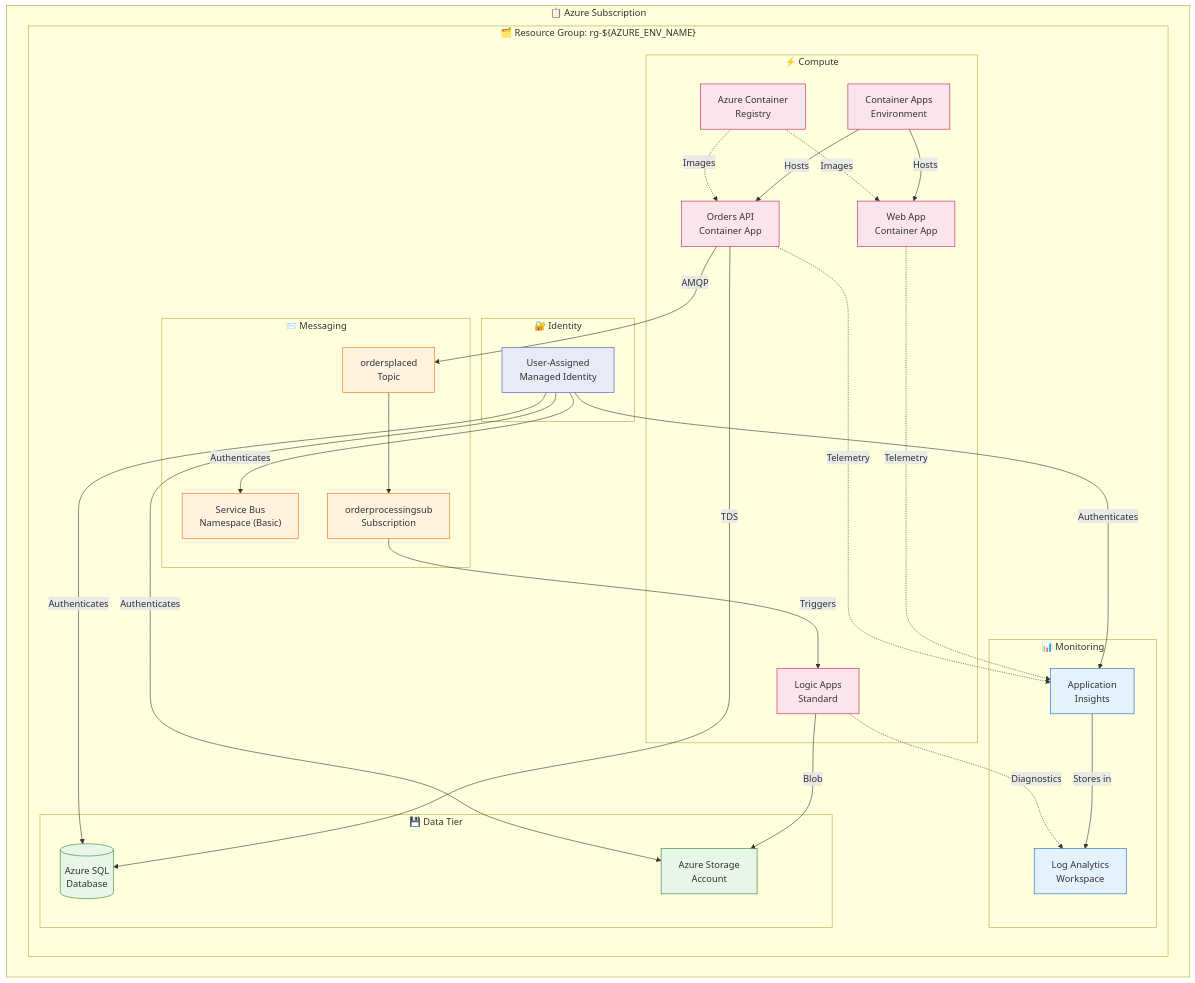
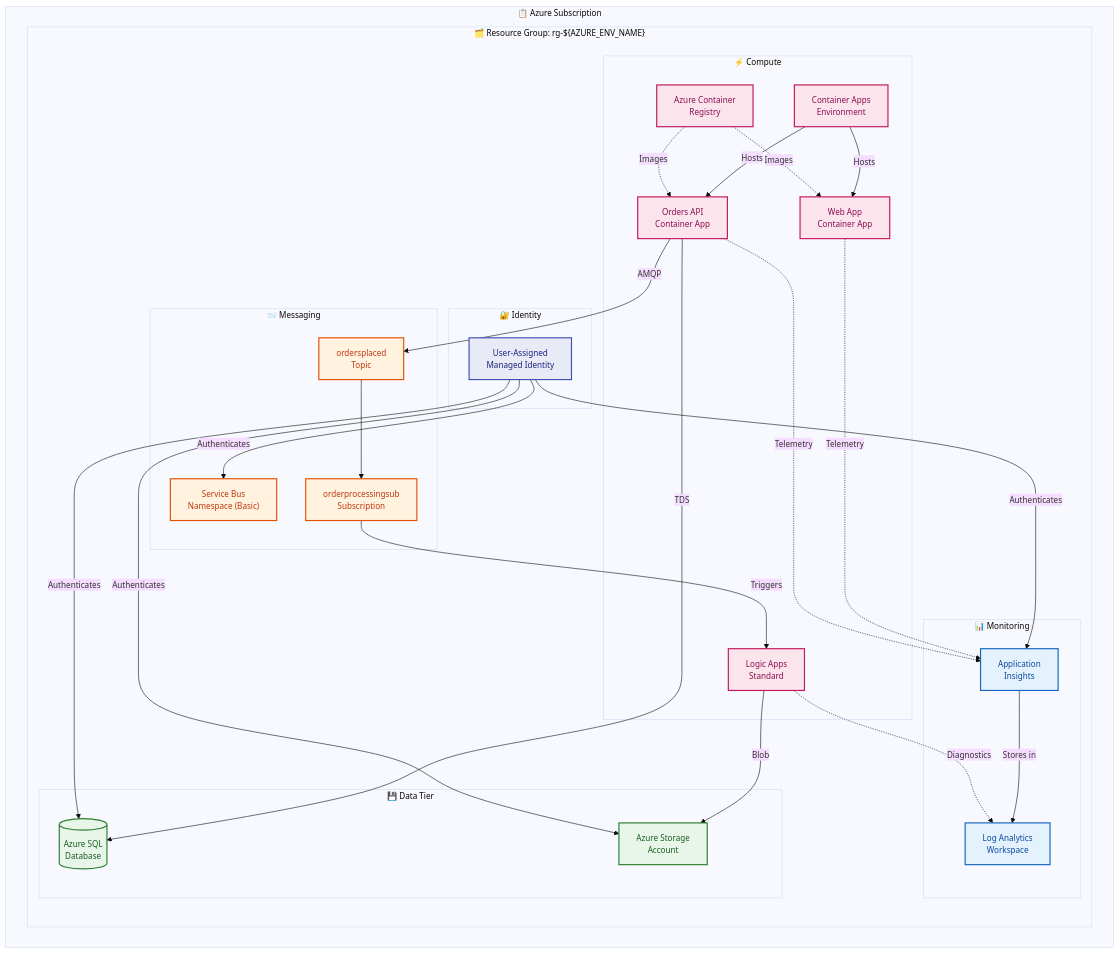
Before and after one commit to Evilazaro/Azure-LogicApps-Monitoring: the first of 4 diagrams in docs/architecture/04-technology-architecture.md, drawn with Mermaid. The commit also changed other lines of this file, not shown here.

Commit message:
Enhance technology architecture documentation with improved Mermaid diagram styles and accessibility features

````diff
--- a/docs/architecture/04-technology-architecture.md
+++ b/docs/architecture/04-technology-architecture.md
@@ -25,75 +25,76 @@
 ```mermaid
+%%{init: {'theme': 'base', 'themeVariables': { 'fontSize': '14px'}}}%%
 flowchart TB
     subgraph Subscription["📋 Azure Subscription"]
         subgraph RG["🗂️ Resource Group: rg-${AZURE_ENV_NAME}"]
             
             subgraph Identity["🔐 Identity"]
                 MI["User-Assigned<br/>Managed Identity"]
             end
 
             subgraph Monitoring["📊 Monitoring"]
                 LAW["Log Analytics<br/>Workspace"]
                 AI["Application<br/>Insights"]
             end
 
             subgraph Data["💾 Data Tier"]
                 SQL[("Azure SQL<br/>Database")]
                 Storage["Azure Storage<br/>Account"]
             end
 
             subgraph Messaging["📨 Messaging"]
                 SB["Service Bus<br/>Namespace (Basic)"]
                 Topic["ordersplaced<br/>Topic"]
                 Sub["orderprocessingsub<br/>Subscription"]
             end
 
             subgraph Compute["⚡ Compute"]
                 ACR["Azure Container<br/>Registry"]
                 CAE["Container Apps<br/>Environment"]
                 API["Orders API<br/>Container App"]
                 Web["Web App<br/>Container App"]
                 LA["Logic Apps<br/>Standard"]
             end
         end
     end
 
     %% Identity relationships
     MI -->|"Authenticates"| SQL
     MI -->|"Authenticates"| SB
     MI -->|"Authenticates"| Storage
     MI -->|"Authenticates"| AI
 
     %% Monitoring relationships
     API -.->|"Telemetry"| AI
     Web -.->|"Telemetry"| AI
     LA -.->|"Diagnostics"| LAW
     AI -->|"Stores in"| LAW
 
     %% Data relationships
     API -->|"TDS"| SQL
     LA -->|"Blob"| Storage
 
     %% Messaging relationships
     API -->|"AMQP"| Topic
     Topic --> Sub
     Sub -->|"Triggers"| LA
 
     %% Compute relationships
     ACR -.->|"Images"| API
     ACR -.->|"Images"| Web
     CAE -->|"Hosts"| API
     CAE -->|"Hosts"| Web
 
-    %% Styling
-    classDef identity fill:#e8eaf6,stroke:#3f51b5
-    classDef monitoring fill:#e3f2fd,stroke:#1565c0
-    classDef data fill:#e8f5e9,stroke:#2e7d32
-    classDef messaging fill:#fff3e0,stroke:#ef6c00
-    classDef compute fill:#fce4ec,stroke:#c2185b
+    %% Accessible color palette with clear resource grouping
+    classDef identity fill:#e8eaf6,stroke:#3f51b5,stroke-width:2px,color:#1a237e
+    classDef monitoring fill:#e3f2fd,stroke:#1565c0,stroke-width:2px,color:#0d47a1
+    classDef data fill:#e8f5e9,stroke:#2e7d32,stroke-width:2px,color:#1b5e20
+    classDef messaging fill:#fff3e0,stroke:#e65100,stroke-width:2px,color:#bf360c
+    classDef compute fill:#fce4ec,stroke:#c2185b,stroke-width:2px,color:#880e4f
 
     class MI identity
     class LAW,AI monitoring
     class SQL,Storage data
     class SB,Topic,Sub messaging
     class ACR,CAE,API,Web,LA compute
 ```
````
